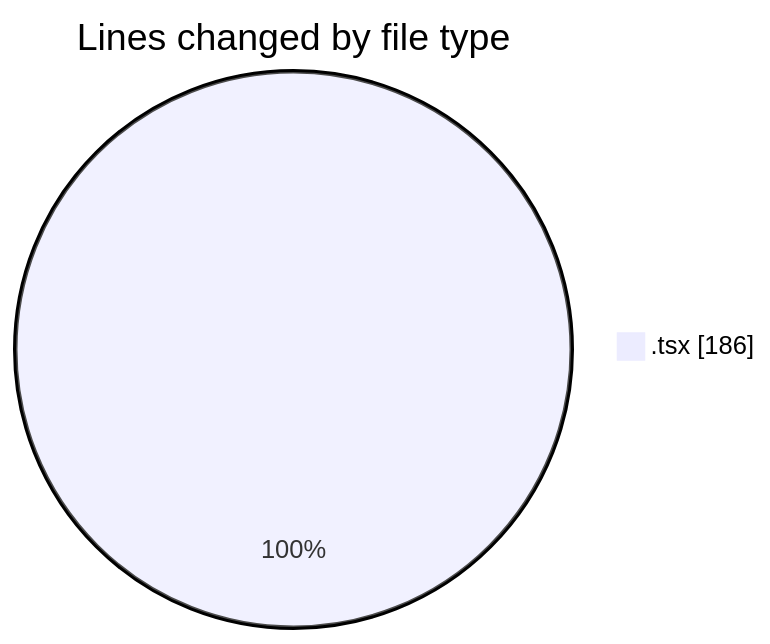
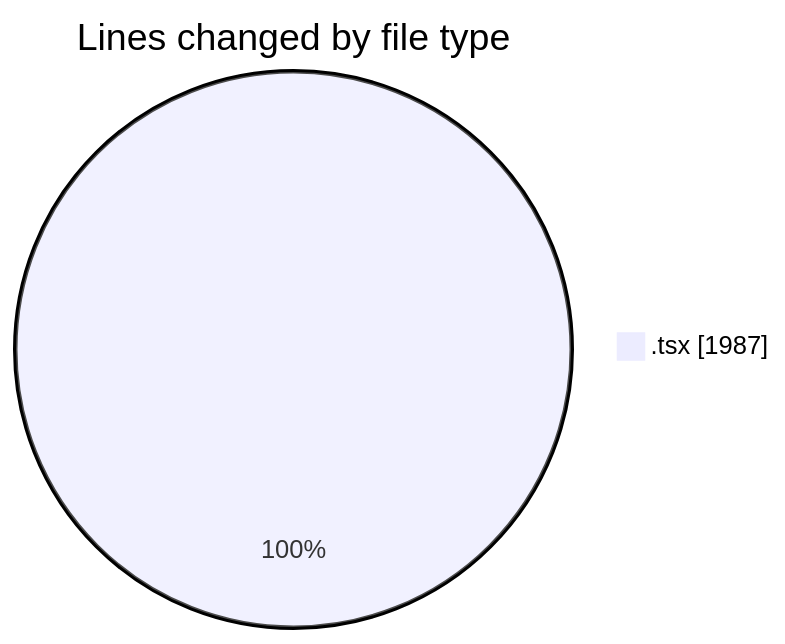
One commit to nxtqubesakshisongat/code-tracking changed the first of 2 diagrams in 2026-01-22/nxtqube_webapp/README.md. Above: the diagram before and after it, drawn with Mermaid. The commit also changed other lines of this file and 1 other file, not shown here.

````diff
--- a/2026-01-22/nxtqube_webapp/README.md
+++ b/2026-01-22/nxtqube_webapp/README.md
@@ -21,5 +22,5 @@
 ```mermaid
 pie showData
 title Lines changed by file type
-".tsx" : 186
+".tsx" : 1987
 ```
````
